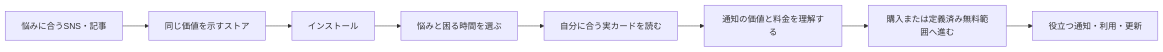
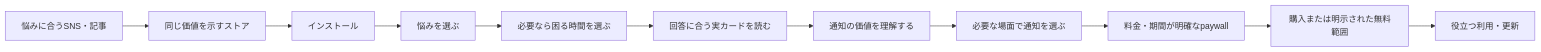
Before and after one commit to Daisuke134/anicca-products: the diagram in docs/superpowers/specs/2026-10-04-anicca-ios-growth-design.md, drawn with Mermaid. The commit also changed other lines of this file and 2 other files, not shown here.

````diff
--- a/docs/superpowers/specs/2026-10-04-anicca-ios-growth-design.md
+++ b/docs/superpowers/specs/2026-10-04-anicca-ios-growth-design.md
@@ -115,10 +149,13 @@
 ```mermaid
 flowchart LR
   A[悩みに合うSNS・記事] --> B[同じ価値を示すストア]
   B --> C[インストール]
-  C --> D[悩みと困る時間を選ぶ]
-  D --> E[自分に合う実カードを読む]
-  E --> F[通知の価値と料金を理解する]
-  F --> G[購入または定義済み無料範囲へ進む]
-  G --> H[役立つ通知・利用・更新]
+  C --> D[悩みを選ぶ]
+  D --> E[必要なら困る時間を選ぶ]
+  E --> F[回答に合う実カードを読む]
+  F --> G[通知の価値を理解する]
+  G --> H[必要な場面で通知を選ぶ]
+  H --> I[料金・期間が明確なpaywall]
+  I --> J[購入または明示された無料範囲]
+  J --> K[役立つ利用・更新]
 ```
````
